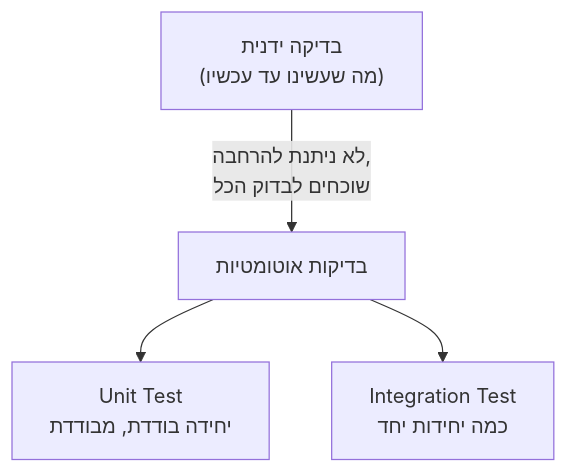
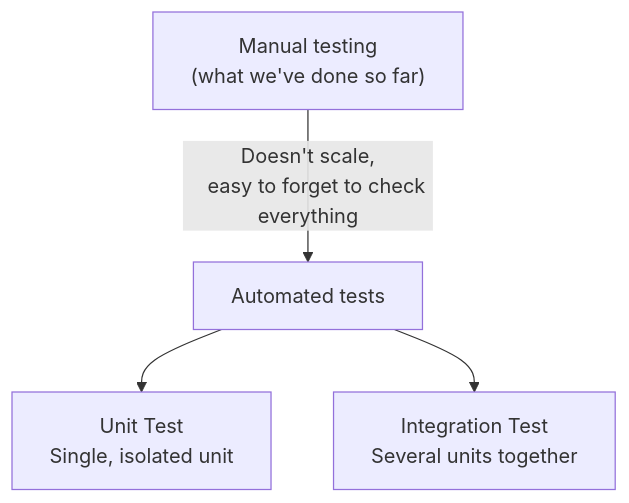
Before and after one commit to neriyaMalachi/FullStack_kodkode_5: the diagram in content/docs/testing/57-testing-basics-content.md, drawn with Mermaid. The commit also changed other lines of this file and 117 other files, not shown here.

````diff
--- a/content/docs/testing/57-testing-basics-content.md
+++ b/content/docs/testing/57-testing-basics-content.md
@@ -39,10 +39,10 @@
 ```mermaid
 flowchart TB
-    A["בדיקה ידנית
-    (מה שעשינו עד עכשיו)"] -->|"לא ניתנת להרחבה,
-    שוכחים לבדוק הכל"| B["בדיקות אוטומטיות"]
+    A["Manual testing
+    (what we've done so far)"] -->|"Doesn't scale,
+    easy to forget to check everything"| B["Automated tests"]
     B --> C["Unit Test
-    יחידה בודדת, מבודדת"]
+    Single, isolated unit"]
     B --> D["Integration Test
-    כמה יחידות יחד"]
+    Several units together"]
 ```
````
